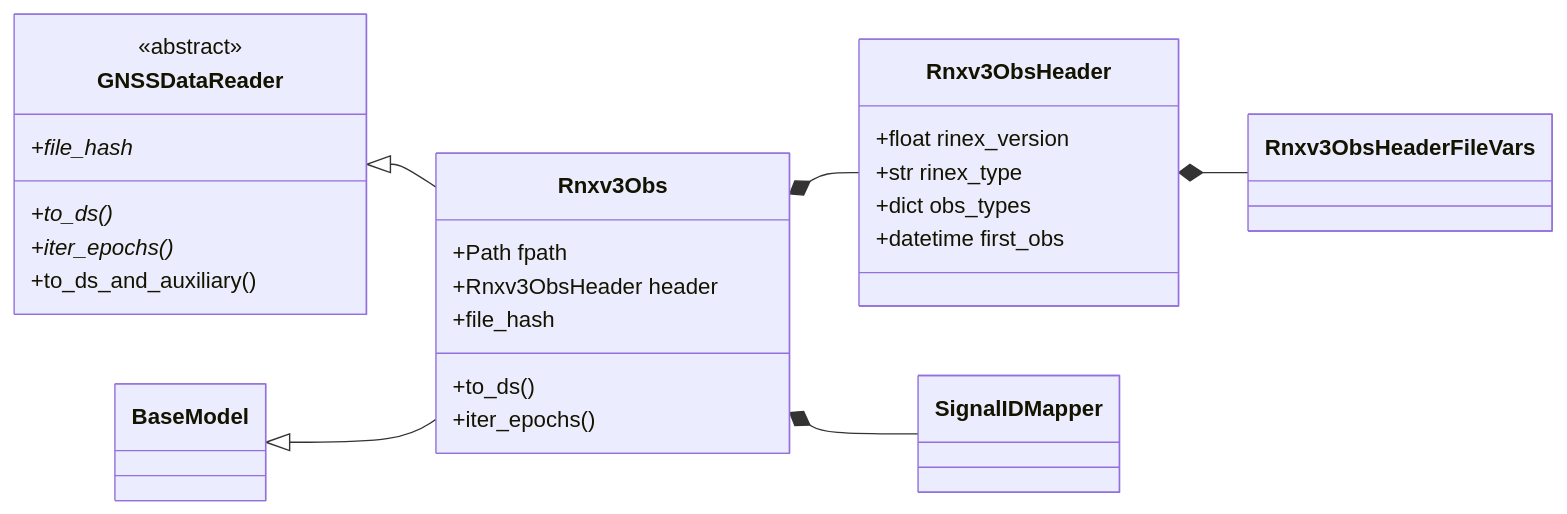
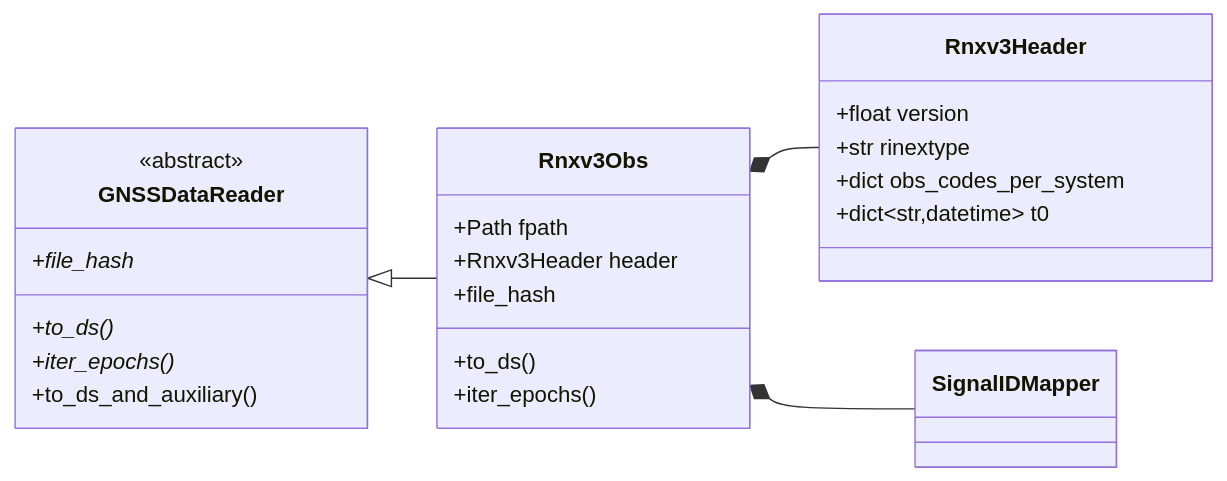
Before and after one commit to konstantinschellenberg/canvodpy: the diagram in docs/packages/readers/rinex-format.md, drawn with Mermaid. The commit also changed other lines of this file and 8 other files, not shown here.

````diff
--- a/docs/packages/readers/rinex-format.md
+++ b/docs/packages/readers/rinex-format.md
@@ -34,32 +34,30 @@
 ```mermaid
 classDiagram
     direction LR
     GNSSDataReader <|-- Rnxv3Obs
-    BaseModel <|-- Rnxv3Obs
-    Rnxv3Obs *-- Rnxv3ObsHeader
+    Rnxv3Obs *-- Rnxv3Header
     Rnxv3Obs *-- SignalIDMapper
-    Rnxv3ObsHeader *-- Rnxv3ObsHeaderFileVars
 
     class GNSSDataReader{
         <<abstract>>
         +to_ds()*
         +iter_epochs()*
         +to_ds_and_auxiliary()
         +file_hash*
     }
 
     class Rnxv3Obs{
         +Path fpath
-        +Rnxv3ObsHeader header
+        +Rnxv3Header header
         +to_ds()
         +iter_epochs()
         +file_hash
     }
 
-    class Rnxv3ObsHeader{
-        +float rinex_version
-        +str rinex_type
-        +dict obs_types
-        +datetime first_obs
+    class Rnxv3Header{
+        +float version
+        +str rinextype
+        +dict obs_codes_per_system
+        +dict~str,datetime~ t0
     }
 ```
````
